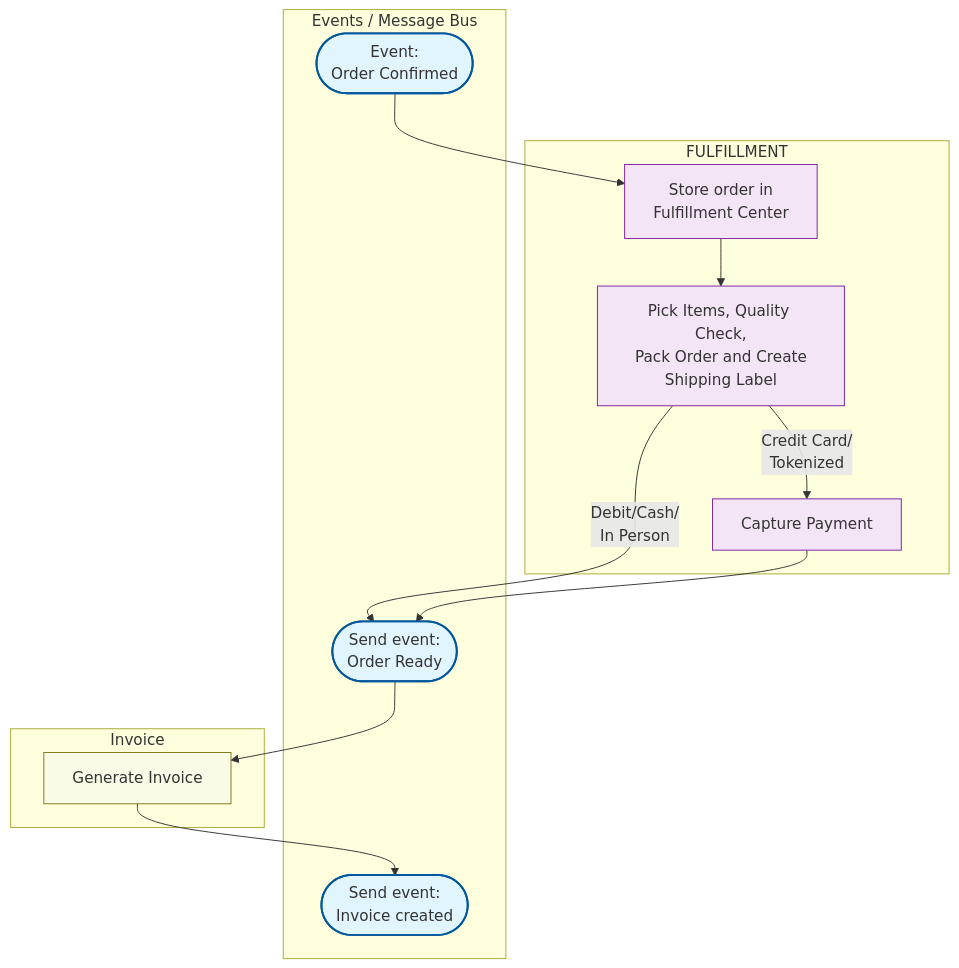
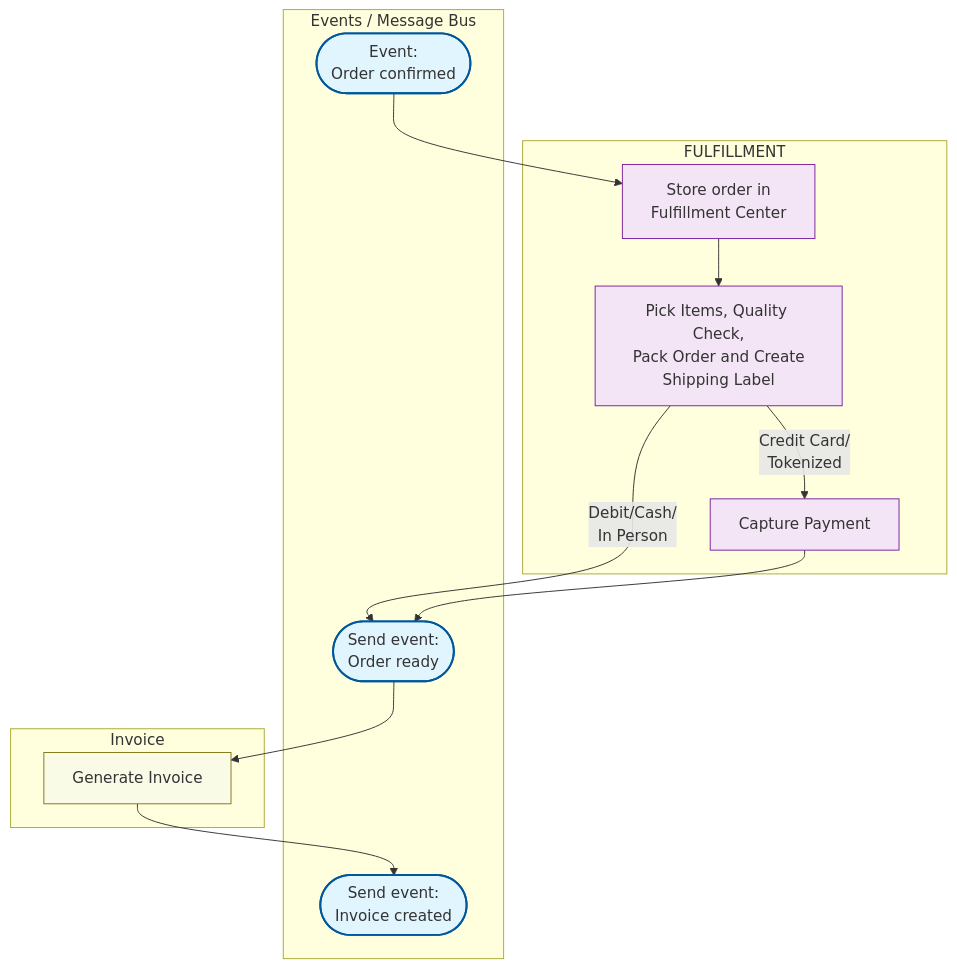
One commit to RobertoFreireDev/Order-Management changed the third of 4 diagrams in README.md. Above: the diagram before and after it, drawn with Mermaid. The commit also changed other lines of this file, not shown here.

````diff
--- a/README.md
+++ b/README.md
@@ -112,39 +112,39 @@
 ```mermaid
 flowchart TD
     %% Subgraph Styling
     classDef event fill:#e1f5fe,stroke:#01579b,stroke-width:2px;
     classDef fulfill fill:#f3e5f5,stroke:#7b1fa2,stroke-width:1px;
     classDef note fill:#f9fbe7,stroke:#827717,stroke-width:1px;
 
     subgraph Fulfillment [FULFILLMENT]
         K[Store order in<br/>Fulfillment Center]
         L[Pick Items, Quality Check,<br/>Pack Order and Create<br/>Shipping Label]
         V[Capture Payment]
     end
 
     subgraph Events [Events / Message Bus]
-        H([Event:<br/>Order Confirmed])
-        M([Send event:<br/>Order Ready])
+        H([Event:<br/>Order confirmed])
+        M([Send event:<br/>Order ready])
         S([Send event:<br/>Invoice created])
     end
 
     subgraph Invoice [Invoice]
         J[Generate Invoice]
     end
 
     %% Fulfillment Flow
     H --> K
     K --> L
     L --> |"Credit Card/<br/>Tokenized"| V
     L --> |"Debit/Cash/<br/>In Person"| M
     V --> M
     
     %% Invoice Flow
     M --> J
     J --> S
 
     %% Class Assignments
     class H,M,S event;
     class K,L,V fulfill;
     class J note;
 ```
````
